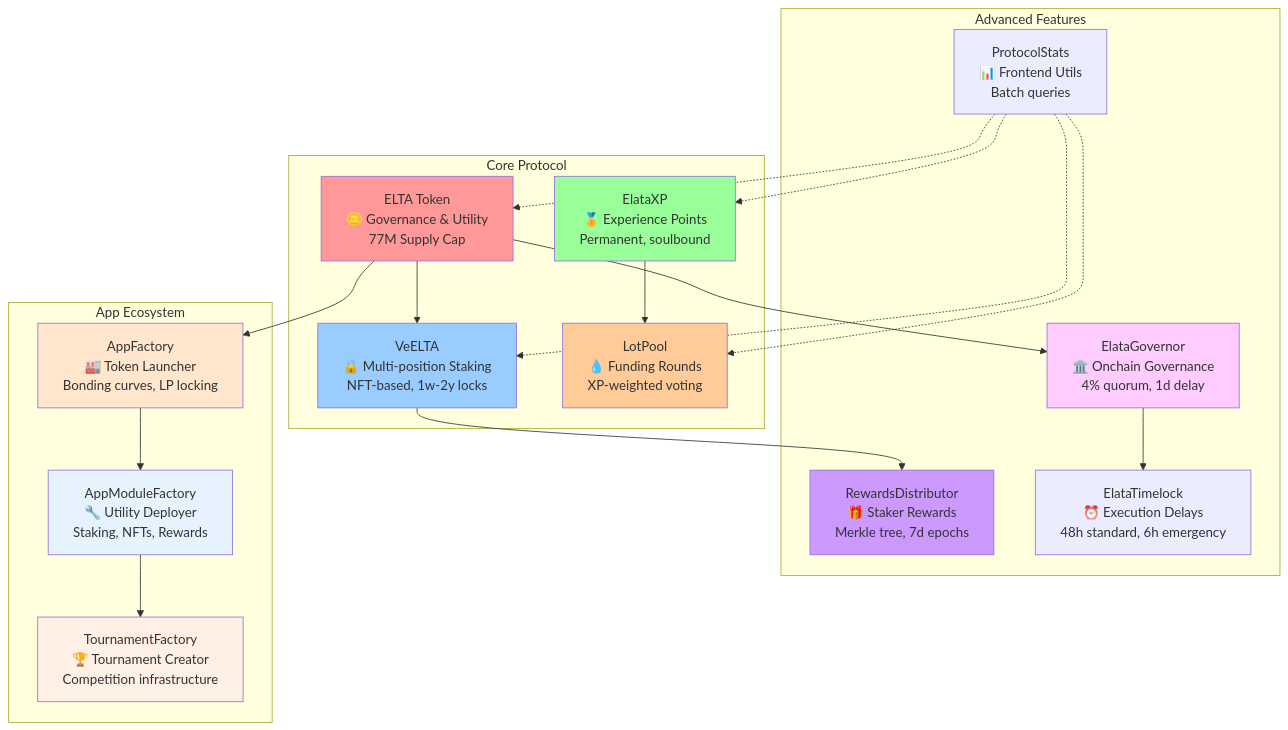
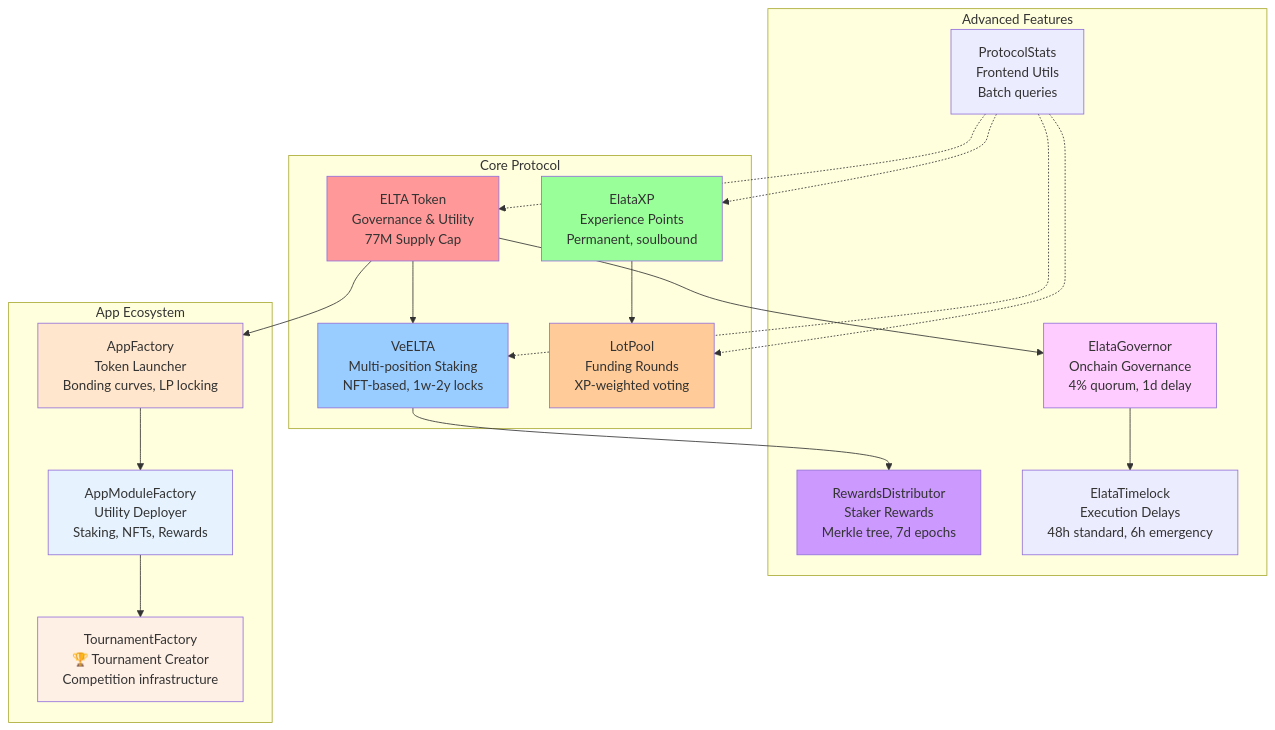
One commit to Elata-Biosciences/elata-protocol changed the third of 10 diagrams in README.md. Above: the diagram before and after it, drawn with Mermaid. The commit also changed other lines of this file and 21 other files, not shown here.

````diff
--- a/README.md
+++ b/README.md
@@ -94,47 +94,47 @@
 ```mermaid
 graph TB
     subgraph "Core Protocol"
-        ELTA[ELTA Token<br/>🪙 Governance & Utility<br/>77M Supply Cap]
-        VE[VeELTA<br/>🔒 Multi-position Staking<br/>NFT-based, 1w-2y locks]
-        XP[ElataXP<br/>🏅 Experience Points<br/>Permanent, soulbound]
-        LP[LotPool<br/>💧 Funding Rounds<br/>XP-weighted voting]
+        ELTA[ELTA Token<br/> Governance & Utility<br/>77M Supply Cap]
+        VE[VeELTA<br/> Multi-position Staking<br/>NFT-based, 1w-2y locks]
+        XP[ElataXP<br/> Experience Points<br/>Permanent, soulbound]
+        LP[LotPool<br/> Funding Rounds<br/>XP-weighted voting]
     end
     
     subgraph "Advanced Features"
-        RD[RewardsDistributor<br/>🎁 Staker Rewards<br/>Merkle tree, 7d epochs]
-        GOV[ElataGovernor<br/>🏛️ Onchain Governance<br/>4% quorum, 1d delay]
-        TL[ElataTimelock<br/>⏰ Execution Delays<br/>48h standard, 6h emergency]
-        STATS[ProtocolStats<br/>📊 Frontend Utils<br/>Batch queries]
+        RD[RewardsDistributor<br/> Staker Rewards<br/>Merkle tree, 7d epochs]
+        GOV[ElataGovernor<br/> Onchain Governance<br/>4% quorum, 1d delay]
+        TL[ElataTimelock<br/> Execution Delays<br/>48h standard, 6h emergency]
+        STATS[ProtocolStats<br/> Frontend Utils<br/>Batch queries]
     end
     
     subgraph "App Ecosystem"
-        AF[AppFactory<br/>🏭 Token Launcher<br/>Bonding curves, LP locking]
-        AMF[AppModuleFactory<br/>🔧 Utility Deployer<br/>Staking, NFTs, Rewards]
+        AF[AppFactory<br/> Token Launcher<br/>Bonding curves, LP locking]
+        AMF[AppModuleFactory<br/> Utility Deployer<br/>Staking, NFTs, Rewards]
         TF[TournamentFactory<br/>🏆 Tournament Creator<br/>Competition infrastructure]
     end
     
     ELTA --> VE
     ELTA --> GOV
     ELTA --> AF
     VE --> RD
     XP --> LP
     GOV --> TL
     
     AF --> AMF
     AMF --> TF
     
     STATS -.-> ELTA
     STATS -.-> VE
     STATS -.-> XP
     STATS -.-> LP
     
     style ELTA fill:#ff9999
     style VE fill:#99ccff
     style XP fill:#99ff99
     style LP fill:#ffcc99
     style RD fill:#cc99ff
     style GOV fill:#ffccff
     style AF fill:#ffe6cc
     style AMF fill:#e6f3ff
     style TF fill:#fff0e6
 ```
````
